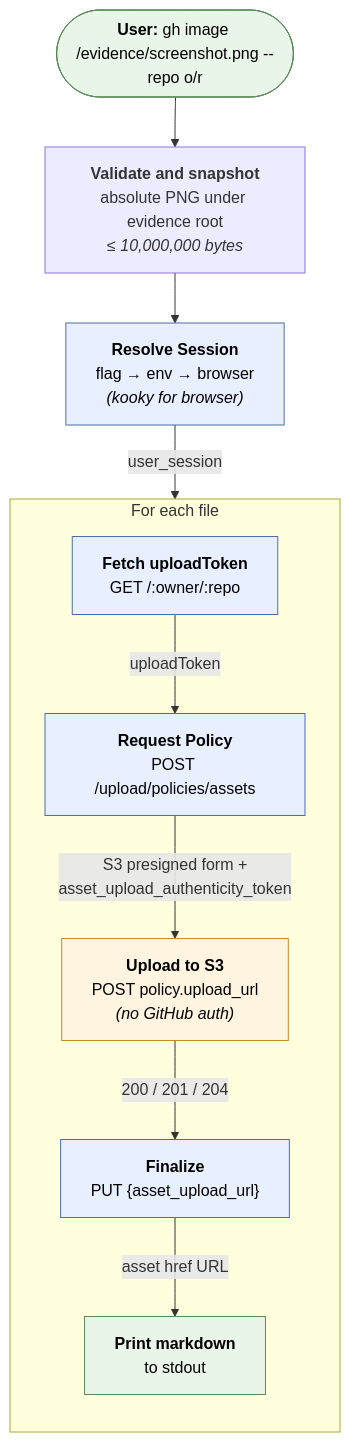
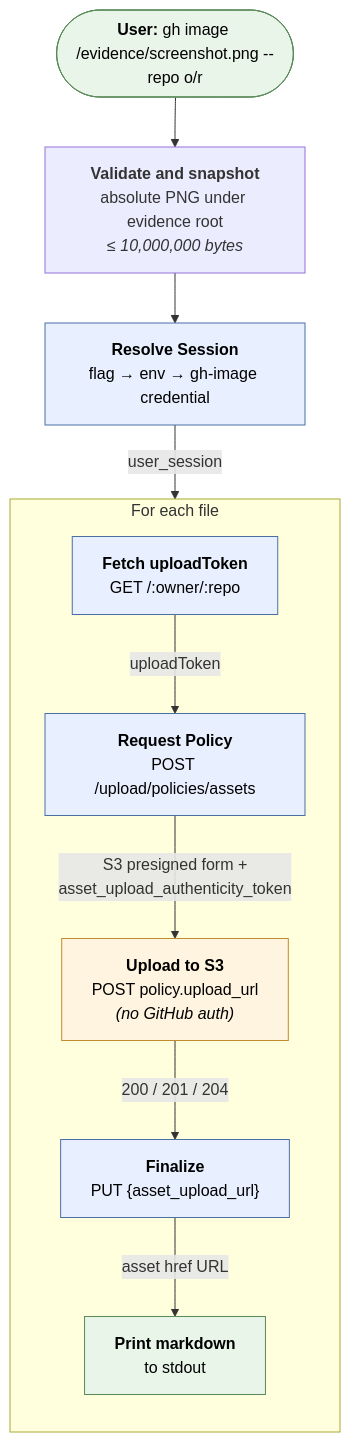
Before and after one commit to tandemhealth/gh-image: the diagram in documentation/architecture.md, drawn with Mermaid. The commit also changed other lines of this file and 11 other files, not shown here.

````diff
--- a/documentation/architecture.md
+++ b/documentation/architecture.md
@@ -225,31 +216,31 @@
 ```mermaid
 flowchart TD
     Start(["<b>User:</b> gh image /evidence/screenshot.png --repo o/r"])
     Validate["<b>Validate and snapshot</b><br/>absolute PNG under evidence root<br/><i>≤ 10,000,000 bytes</i>"]
-    Session["<b>Resolve Session</b><br/>flag → env → browser<br/><i>(kooky for browser)</i>"]
+    Session["<b>Resolve Session</b><br/>flag → env → gh-image credential"]
 
     Start --> Validate --> Session
 
     subgraph PerImage ["For each file"]
         direction TB
         Token["<b>Fetch uploadToken</b><br/>GET /:owner/:repo"]
         Policy["<b>Request Policy</b><br/>POST /upload/policies/assets"]
         S3["<b>Upload to S3</b><br/>POST policy.upload_url<br/><i>(no GitHub auth)</i>"]
         Finalize["<b>Finalize</b><br/>PUT {asset_upload_url}"]
         Print["<b>Print markdown</b><br/>to stdout"]
 
         Token -- "uploadToken" --> Policy
         Policy -- "S3 presigned form +<br/>asset_upload_authenticity_token" --> S3
         S3 -- "200 / 201 / 204" --> Finalize
         Finalize -- "asset href URL" --> Print
     end
 
     Session -- "user_session" --> Token
 
     classDef ghAuth fill:#e8f0ff,stroke:#4a6fa5,color:#000
     classDef s3 fill:#fff4e0,stroke:#c08a2e,color:#000
     classDef terminal fill:#e8f5e8,stroke:#5a8a5a,color:#000
     class Session,Token,Policy,Finalize ghAuth
     class S3 s3
     class Start,Print terminal
 ```
````
